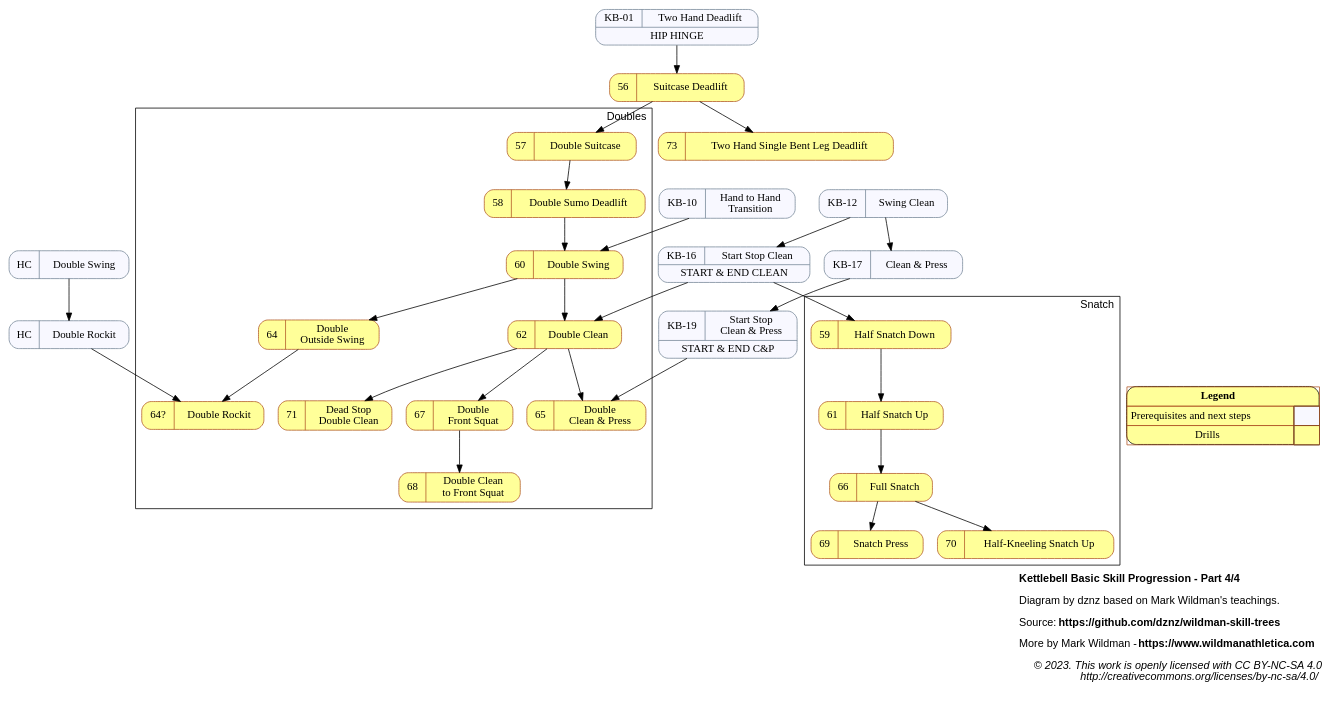
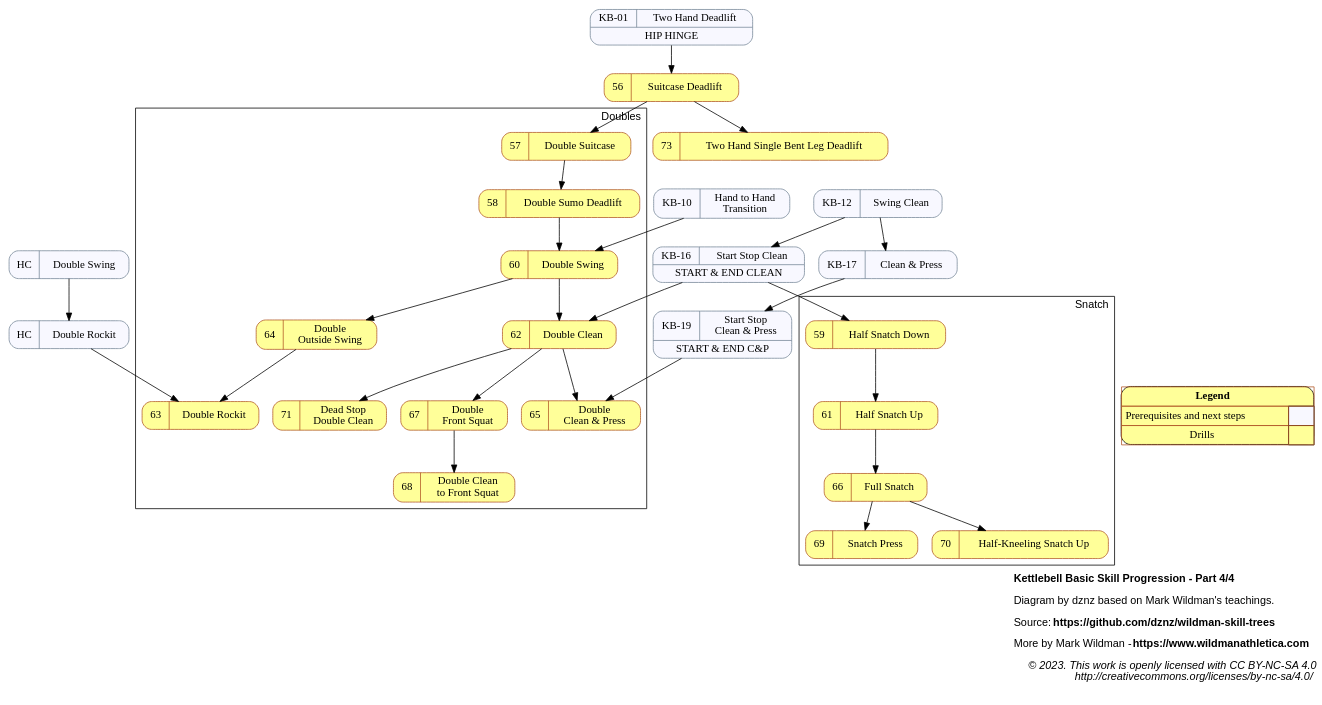
The diagram in src/kb/kb_progression_4.gv (dznz/wildman-skill-trees), drawn with Graphviz before and after one commit. The commit also changed 1 other file, not shown here.

Commit message:
refactor(kb_progression_4): add index to names

```diff
--- a/src/kb/kb_progression_4.gv
+++ b/src/kb/kb_progression_4.gv
@@ -1,112 +1,112 @@
 digraph kb_progression {
 
   label=<
 <B>Kettlebell Basic Skill Progression - Part 4/4</B><BR ALIGN="LEFT"/><BR ALIGN="LEFT"/>
 Diagram by dznz based on Mark Wildman's teachings.<BR ALIGN="LEFT"/><BR ALIGN="LEFT"/>
 Source: <B>https://github.com/dznz/wildman-skill-trees</B><BR ALIGN="LEFT"/><BR ALIGN="LEFT"/>
 More by Mark Wildman - <B>https://www.wildmanathletica.com</B><BR ALIGN="LEFT"/><BR ALIGN="LEFT"/>
 <I>
 © 2023. This work is openly licensed with CC BY-NC-SA 4.0<BR ALIGN="RIGHT"/>
 http://creativecommons.org/licenses/by-nc-sa/4.0/<BR ALIGN="RIGHT"/>
 </I>
   >
   graph [labeljust=r]
   graph [fontname="Helvetica,Arial,sans-serif"]
 
   node [colorscheme="paired12"]
   node [shape=record]
   node [style="rounded,filled"]
   node [color=12, fillcolor=11]
 
   subgraph pre {
     node [color=lightslategrey, fillcolor=ghostwhite]
     ext_hc_dblswing    [label="{{HC|Double Swing}}"]
     ext_hc_dblrockit   [label="{{HC|Double Rockit}}"]
     
-    mov_deadlift       [label="{{KB-01|Two Hand Deadlift}|HIP HINGE}"               URL="https://www.youtube.com/watch?v=x0XkmM34BPI&list=PLk4oYPJ7TXKhX8YqA2AVrfgs_pEF6p7KA&index=1"];
-    mov_h2h            [label="{{KB-10|Hand to Hand\nTransition}}"                  URL="https://www.youtube.com/watch?v=0Uk0Rdm3QFs&list=PLk4oYPJ7TXKhX8YqA2AVrfgs_pEF6p7KA&index=10"]
-    mov_clean          [label="KB-12|Swing Clean"                                   URL="https://www.youtube.com/watch?v=_nIsSXWs5iU&list=PLk4oYPJ7TXKhX8YqA2AVrfgs_pEF6p7KA&index=12"]
-    mov_startstopclean [label="{{KB-16|Start Stop Clean}|START & END CLEAN}"        URL="https://www.youtube.com/watch?v=XbK3jxI0WNQ&list=PLk4oYPJ7TXKhX8YqA2AVrfgs_pEF6p7KA&index=16"]
-    mov_cap            [label="KB-17|Clean & Press"                                 URL="https://www.youtube.com/watch?v=SSxB3m5qRas&list=PLk4oYPJ7TXKhX8YqA2AVrfgs_pEF6p7KA&index=17"]
-    mov_startstopcap   [label="{{KB-19|Start Stop\nClean & Press}|START & END C&P}" URL="https://www.youtube.com/watch?v=dSj3kqbuois&list=PLk4oYPJ7TXKhX8YqA2AVrfgs_pEF6p7KA&index=19"]
+    mov_01_deadlift       [label="{{KB-01|Two Hand Deadlift}|HIP HINGE}"               URL="https://www.youtube.com/watch?v=x0XkmM34BPI&list=PLk4oYPJ7TXKhX8YqA2AVrfgs_pEF6p7KA&index=1"];
+    mov_10_h2h            [label="{{KB-10|Hand to Hand\nTransition}}"                  URL="https://www.youtube.com/watch?v=0Uk0Rdm3QFs&list=PLk4oYPJ7TXKhX8YqA2AVrfgs_pEF6p7KA&index=10"]
+    mov_12_clean          [label="KB-12|Swing Clean"                                   URL="https://www.youtube.com/watch?v=_nIsSXWs5iU&list=PLk4oYPJ7TXKhX8YqA2AVrfgs_pEF6p7KA&index=12"]
+    mov_16_startstopclean [label="{{KB-16|Start Stop Clean}|START & END CLEAN}"        URL="https://www.youtube.com/watch?v=XbK3jxI0WNQ&list=PLk4oYPJ7TXKhX8YqA2AVrfgs_pEF6p7KA&index=16"]
+    mov_17_cap            [label="KB-17|Clean & Press"                                 URL="https://www.youtube.com/watch?v=SSxB3m5qRas&list=PLk4oYPJ7TXKhX8YqA2AVrfgs_pEF6p7KA&index=17"]
+    mov_19_startstopcap   [label="{{KB-19|Start Stop\nClean & Press}|START & END C&P}" URL="https://www.youtube.com/watch?v=dSj3kqbuois&list=PLk4oYPJ7TXKhX8YqA2AVrfgs_pEF6p7KA&index=19"]
 
   }
 
-  mov_suitcasedl         [label="{{56|Suitcase Deadlift}}"                               URL="https://www.youtube.com/watch?v=d6i6MwVOmk0&list=PLk4oYPJ7TXKhX8YqA2AVrfgs_pEF6p7KA&index=58"];
-  mov_dblsuitcase        [label="{{57|Double Suitcase}}"                                 URL="https://www.youtube.com/watch?v=4PSOSrDcGfc&list=PLk4oYPJ7TXKhX8YqA2AVrfgs_pEF6p7KA&index=59"];
-  mov_dblsumodl          [label="{{58|Double Sumo Deadlift}}"                            URL="https://www.youtube.com/watch?v=gdutIla6nMw"];
-  mov_halfsnatchdown     [label="{{59|Half Snatch Down}}"                                URL="https://www.youtube.com/watch?v=u2NbMtX_Rb0&list=PLk4oYPJ7TXKhX8YqA2AVrfgs_pEF6p7KA&index=60"];
-  mov_dblswing           [label="{{60|Double Swing}}"                                    URL="https://www.youtube.com/watch?v=P5IFTJySA_s&list=PLk4oYPJ7TXKhX8YqA2AVrfgs_pEF6p7KA&index=61"];
-  mov_halfsnatchup       [label="{{61|Half Snatch Up}}"                                  URL="https://www.youtube.com/watch?v=3HEmUyLYjjc"];
-  mov_dblclean           [label="{{62|Double Clean}}"                                    URL="https://www.youtube.com/watch?v=Qe9ejhAtdGY&list=PLk4oYPJ7TXKhX8YqA2AVrfgs_pEF6p7KA&index=62"];
-  //63?
-  mov_dbloutswing        [label="{{64|Double\nOutside Swing}}"             URL="https://www.youtube.com/watch?v=yr_fRgGevsE"];
-  mov_dblrockit          [label="{{64?|Double Rockit}}"                    URL="https://www.youtube.com/watch?v=zXB6hFrrBkA&list=PLk4oYPJ7TXKhX8YqA2AVrfgs_pEF6p7KA&index=63"];
-  mov_dblcap             [label="{{65|Double\nClean & Press}}"             URL="https://www.youtube.com/watch?v=RizGV8ef--s"];
-  mov_snatch             [label="{{66|Full Snatch}}"                       URL="https://www.youtube.com/watch?v=f-zkPiAlpQw&list=PLk4oYPJ7TXKhX8YqA2AVrfgs_pEF6p7KA&index=65"];
-  mov_dblsquat           [label="{{67|Double\nFront Squat}}"               URL="https://www.youtube.com/watch?v=dX5yXJa5Dm0&list=PLk4oYPJ7TXKhX8YqA2AVrfgs_pEF6p7KA&index=66"];
-  mov_dblclean2squat     [label="{{68|Double Clean\nto Front Squat}}"      URL="https://www.youtube.com/watch?v=R3s6Wb_ApHM"];
-  mov_snatchpress        [label="{{69|Snatch Press}}"                      URL="https://www.youtube.com/watch?v=IzFPa_Q1yHM&list=PLk4oYPJ7TXKhX8YqA2AVrfgs_pEF6p7KA&index=67"];
-  mov_kneelsnatchup      [label="{{70|Half-Kneeling Snatch Up}}"           URL="https://www.youtube.com/watch?v=1_UrK5SopL4"];
-  mov_deaddblclean       [label="{{71|Dead Stop\nDouble Clean}}"           URL="https://www.youtube.com/watch?v=22bKQqMqAQY"];
+  mov_56_suitcasedl         [label="{{56|Suitcase Deadlift}}"                               URL="https://www.youtube.com/watch?v=d6i6MwVOmk0&list=PLk4oYPJ7TXKhX8YqA2AVrfgs_pEF6p7KA&index=58"];
+  mov_57_dblsuitcase        [label="{{57|Double Suitcase}}"                                 URL="https://www.youtube.com/watch?v=4PSOSrDcGfc&list=PLk4oYPJ7TXKhX8YqA2AVrfgs_pEF6p7KA&index=59"];
+  mov_58_dblsumodl          [label="{{58|Double Sumo Deadlift}}"                            URL="https://www.youtube.com/watch?v=gdutIla6nMw"];
+  mov_59_halfsnatchdown     [label="{{59|Half Snatch Down}}"                                URL="https://www.youtube.com/watch?v=u2NbMtX_Rb0&list=PLk4oYPJ7TXKhX8YqA2AVrfgs_pEF6p7KA&index=60"];
+  mov_60_dblswing           [label="{{60|Double Swing}}"                                    URL="https://www.youtube.com/watch?v=P5IFTJySA_s&list=PLk4oYPJ7TXKhX8YqA2AVrfgs_pEF6p7KA&index=61"];
+  mov_61_halfsnatchup       [label="{{61|Half Snatch Up}}"                                  URL="https://www.youtube.com/watch?v=3HEmUyLYjjc"];
+  mov_62_dblclean           [label="{{62|Double Clean}}"                                    URL="https://www.youtube.com/watch?v=Qe9ejhAtdGY&list=PLk4oYPJ7TXKhX8YqA2AVrfgs_pEF6p7KA&index=62"];
+  //63 is missing, so we put the Double Rockit in its place
+  mov_63_dblrockit          [label="{{63|Double Rockit}}"                     URL="https://www.youtube.com/watch?v=zXB6hFrrBkA&list=PLk4oYPJ7TXKhX8YqA2AVrfgs_pEF6p7KA&index=63"];
+  mov_64_dbloutswing        [label="{{64|Double\nOutside Swing}}"             URL="https://www.youtube.com/watch?v=yr_fRgGevsE"];
+  mov_65_dblcap             [label="{{65|Double\nClean & Press}}"             URL="https://www.youtube.com/watch?v=RizGV8ef--s"];
+  mov_66_snatch             [label="{{66|Full Snatch}}"                       URL="https://www.youtube.com/watch?v=f-zkPiAlpQw&list=PLk4oYPJ7TXKhX8YqA2AVrfgs_pEF6p7KA&index=65"];
+  mov_67_dblsquat           [label="{{67|Double\nFront Squat}}"               URL="https://www.youtube.com/watch?v=dX5yXJa5Dm0&list=PLk4oYPJ7TXKhX8YqA2AVrfgs_pEF6p7KA&index=66"];
+  mov_68_dblclean2squat     [label="{{68|Double Clean\nto Front Squat}}"      URL="https://www.youtube.com/watch?v=R3s6Wb_ApHM"];
+  mov_69_snatchpress        [label="{{69|Snatch Press}}"                      URL="https://www.youtube.com/watch?v=IzFPa_Q1yHM&list=PLk4oYPJ7TXKhX8YqA2AVrfgs_pEF6p7KA&index=67"];
+  mov_70_kneelsnatchup      [label="{{70|Half-Kneeling Snatch Up}}"           URL="https://www.youtube.com/watch?v=1_UrK5SopL4"];
+  mov_71_deaddblclean       [label="{{71|Dead Stop\nDouble Clean}}"           URL="https://www.youtube.com/watch?v=22bKQqMqAQY"];
   // 72|Deck Squat is in part 3
-  mov_2hsbldl            [label="{{73|Two Hand Single Bent Leg Deadlift}}" URL="https://www.youtube.com/watch?v=-RD1qqe7P8M"];
+  mov_73_2hsbldl            [label="{{73|Two Hand Single Bent Leg Deadlift}}" URL="https://www.youtube.com/watch?v=-RD1qqe7P8M"];
 
   // Precursor dependencies
   ext_hc_dblswing -> ext_hc_dblrockit;
-  ext_hc_dblrockit -> mov_dblrockit;
-  mov_h2h -> mov_dblswing;
+  ext_hc_dblrockit -> mov_63_dblrockit;
+  mov_10_h2h -> mov_60_dblswing;
   
-  mov_clean -> mov_startstopclean;
-  mov_clean -> mov_cap;
-  mov_cap -> mov_startstopcap;
+  mov_12_clean -> mov_16_startstopclean;
+  mov_12_clean -> mov_17_cap;
+  mov_17_cap -> mov_19_startstopcap;
   
-  mov_startstopclean -> mov_dblclean;
-  mov_startstopclean -> mov_halfsnatchdown;
-  mov_startstopcap -> mov_dblcap;
-  mov_deadlift -> mov_suitcasedl;
+  mov_16_startstopclean -> mov_62_dblclean;
+  mov_16_startstopclean -> mov_59_halfsnatchdown;
+  mov_19_startstopcap -> mov_65_dblcap;
+  mov_01_deadlift -> mov_56_suitcasedl;
 
 
   // Ungrouped drills
-  mov_suitcasedl -> mov_dblsuitcase;
-  mov_suitcasedl -> mov_2hsbldl;
+  mov_56_suitcasedl -> mov_57_dblsuitcase;
+  mov_56_suitcasedl -> mov_73_2hsbldl;
 
   subgraph cluster_double {
     label="Doubles"
-    mov_dbloutswing -> mov_dblrockit
-    mov_dblsuitcase -> mov_dblsumodl;
-    mov_dblswing -> mov_dblclean;
-    mov_dblclean -> mov_dblcap;
-    mov_dblclean -> mov_dblsquat;
-    mov_dblsquat -> mov_dblclean2squat;
-    mov_dblclean -> mov_deaddblclean;
-    mov_dblsumodl -> mov_dblswing;
-    mov_dblswing -> mov_dbloutswing;
+    mov_64_dbloutswing -> mov_63_dblrockit
+    mov_57_dblsuitcase -> mov_58_dblsumodl;
+    mov_60_dblswing -> mov_62_dblclean;
+    mov_62_dblclean -> mov_65_dblcap;
+    mov_62_dblclean -> mov_67_dblsquat;
+    mov_67_dblsquat -> mov_68_dblclean2squat;
+    mov_62_dblclean -> mov_71_deaddblclean;
+    mov_58_dblsumodl -> mov_60_dblswing;
+    mov_60_dblswing -> mov_64_dbloutswing;
   }
 
   subgraph cluster_snatch {
     label="Snatch"
-    mov_halfsnatchdown -> mov_halfsnatchup -> mov_snatch;
-    mov_snatch -> mov_snatchpress;
-    mov_snatch -> mov_kneelsnatchup;
+    mov_59_halfsnatchdown -> mov_61_halfsnatchup -> mov_66_snatch;
+    mov_66_snatch -> mov_69_snatchpress;
+    mov_66_snatch -> mov_70_kneelsnatchup;
   }
   
 
   { rank = sink;
     Legend [shape=none, margin=0, label=<
     <TABLE BORDER="0" CELLBORDER="1" CELLSPACING="0" CELLPADDING="4">
      <TR>
       <TD COLSPAN="2"><B>Legend</B></TD>
      </TR>
      <TR>
       <TD>Prerequisites and next steps</TD>
       <TD BGCOLOR="ghostwhite">&nbsp;&nbsp;&nbsp;&nbsp;&nbsp;</TD>
      </TR>
      <TR>
       <TD>Drills</TD>
       <TD BGCOLOR="11"></TD>
      </TR>
     </TABLE>
    >];
   }
 }
```
